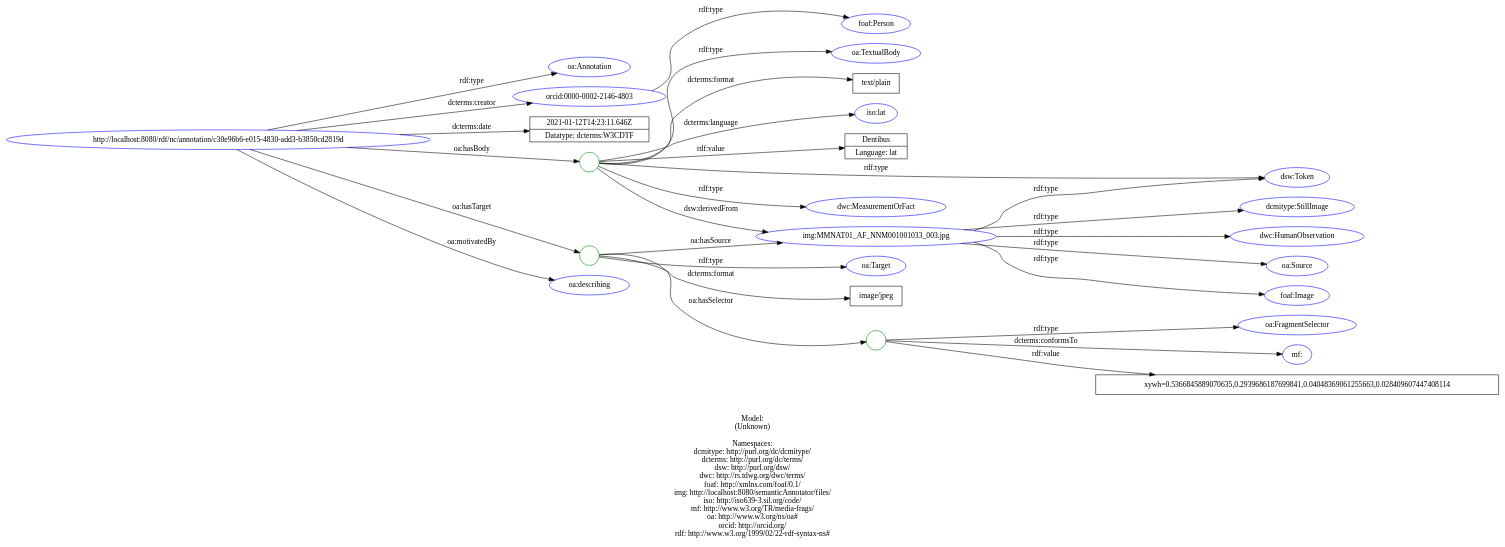
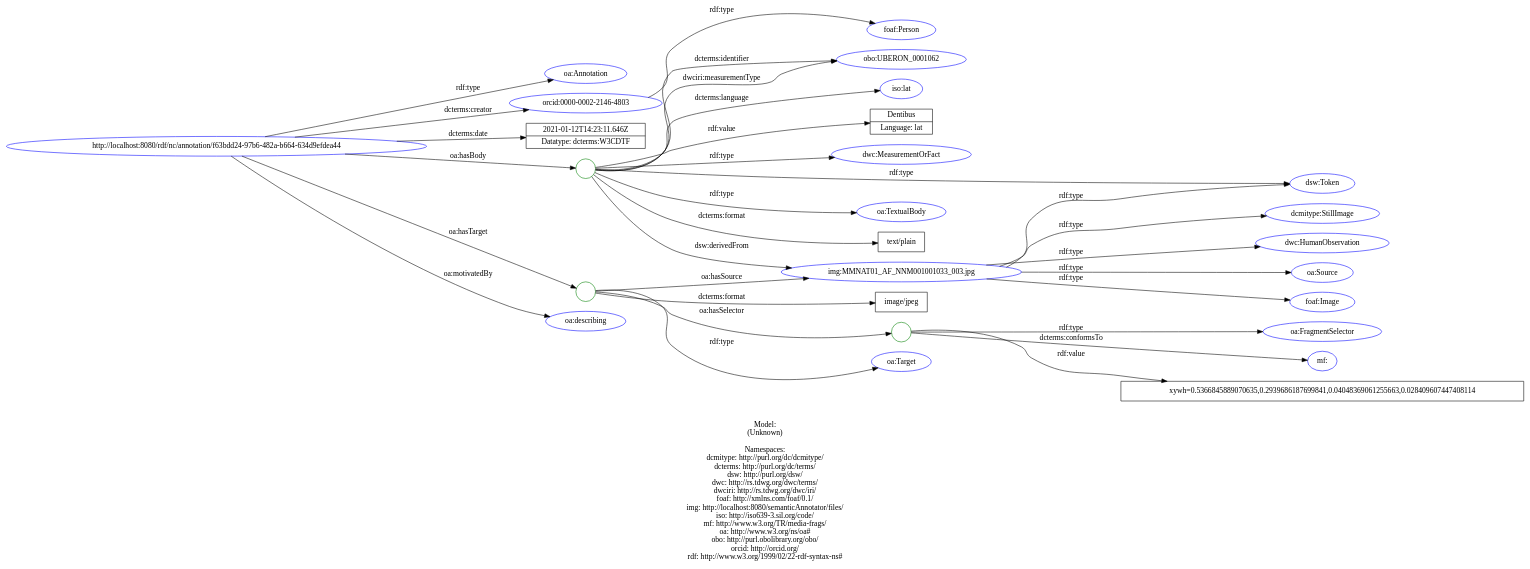
The diagram in doc/models/example_6_1.dot (lisestork/SFB-Annotator), drawn with Graphviz before and after one commit. The commit also changed 7 other files, not shown here.

Commit message:
Update data models: example [5-6]_1 #81. - fix triple with dwciri:measurementType predicate

```diff
--- a/doc/models/example_6_1.dot
+++ b/doc/models/example_6_1.dot
@@ -1,64 +1,67 @@
 digraph {
 	rankdir = LR;
 	charset="utf-8";
 
-	"Rhttp://localhost:8080/rdf/nc/annotation/c30e96b6-e015-4830-add3-b3850cd2819d" -> "Roa:Annotation" [ label="rdf:type" ];
-	"Rhttp://localhost:8080/rdf/nc/annotation/c30e96b6-e015-4830-add3-b3850cd2819d" -> "Rorcid:0000-0002-2146-4803" [ label="dcterms:creator" ];
-	"Rhttp://localhost:8080/rdf/nc/annotation/c30e96b6-e015-4830-add3-b3850cd2819d" -> "L2021-01-12T14:23:11.646Z|Datatype: dcterms:W3CDTF" [ label="dcterms:date" ];
-	"Rhttp://localhost:8080/rdf/nc/annotation/c30e96b6-e015-4830-add3-b3850cd2819d" -> "B_:node1evfesn2mx16" [ label="oa:hasBody" ];
-	"B_:node1evfesn2mx16" -> "Rdsw:Token" [ label="rdf:type" ];
-	"B_:node1evfesn2mx16" -> "Rdwc:MeasurementOrFact" [ label="rdf:type" ];
-	"B_:node1evfesn2mx16" -> "Roa:TextualBody" [ label="rdf:type" ];
-	"B_:node1evfesn2mx16" -> "Ltext/plain" [ label="dcterms:format" ];
-	"B_:node1evfesn2mx16" -> "Riso:lat" [ label="dcterms:language" ];
-	"B_:node1evfesn2mx16" -> "Rimg:MMNAT01_AF_NNM001001033_003.jpg" [ label="dsw:derivedFrom" ];
-	"B_:node1evfesn2mx16" -> "LDentibus|Language: lat" [ label="rdf:value" ];
-	"Rhttp://localhost:8080/rdf/nc/annotation/c30e96b6-e015-4830-add3-b3850cd2819d" -> "B_:node1evfesn2mx15" [ label="oa:hasTarget" ];
-	"B_:node1evfesn2mx15" -> "Roa:Target" [ label="rdf:type" ];
-	"B_:node1evfesn2mx15" -> "Limage/jpeg" [ label="dcterms:format" ];
-	"B_:node1evfesn2mx15" -> "B_:node1evfesn2mx18" [ label="oa:hasSelector" ];
-	"B_:node1evfesn2mx18" -> "Roa:FragmentSelector" [ label="rdf:type" ];
-	"B_:node1evfesn2mx18" -> "Rmf:" [ label="dcterms:conformsTo" ];
-	"B_:node1evfesn2mx18" -> "Lxywh=0.5366845889070635,0.2939686187699841,0.04048369061255663,0.028409607447408114" [ label="rdf:value" ];
-	"B_:node1evfesn2mx15" -> "Rimg:MMNAT01_AF_NNM001001033_003.jpg" [ label="oa:hasSource" ];
-	"Rhttp://localhost:8080/rdf/nc/annotation/c30e96b6-e015-4830-add3-b3850cd2819d" -> "Roa:describing" [ label="oa:motivatedBy" ];
+	"Rhttp://localhost:8080/rdf/nc/annotation/f63bdd24-97b6-482a-b664-634d9efdea44" -> "Roa:Annotation" [ label="rdf:type" ];
+	"Rhttp://localhost:8080/rdf/nc/annotation/f63bdd24-97b6-482a-b664-634d9efdea44" -> "Rorcid:0000-0002-2146-4803" [ label="dcterms:creator" ];
+	"Rhttp://localhost:8080/rdf/nc/annotation/f63bdd24-97b6-482a-b664-634d9efdea44" -> "L2021-01-12T14:23:11.646Z|Datatype: dcterms:W3CDTF" [ label="dcterms:date" ];
+	"Rhttp://localhost:8080/rdf/nc/annotation/f63bdd24-97b6-482a-b664-634d9efdea44" -> "B_:node1evflep6ex14" [ label="oa:hasBody" ];
+	"B_:node1evflep6ex14" -> "Rdsw:Token" [ label="rdf:type" ];
+	"B_:node1evflep6ex14" -> "Rdwc:MeasurementOrFact" [ label="rdf:type" ];
+	"B_:node1evflep6ex14" -> "Roa:TextualBody" [ label="rdf:type" ];
+	"B_:node1evflep6ex14" -> "Ltext/plain" [ label="dcterms:format" ];
+	"B_:node1evflep6ex14" -> "Robo:UBERON_0001062" [ label="dcterms:identifier" ];
+	"B_:node1evflep6ex14" -> "Riso:lat" [ label="dcterms:language" ];
+	"B_:node1evflep6ex14" -> "Rimg:MMNAT01_AF_NNM001001033_003.jpg" [ label="dsw:derivedFrom" ];
+	"B_:node1evflep6ex14" -> "Robo:UBERON_0001062" [ label="dwciri:measurementType" ];
+	"B_:node1evflep6ex14" -> "LDentibus|Language: lat" [ label="rdf:value" ];
+	"Rhttp://localhost:8080/rdf/nc/annotation/f63bdd24-97b6-482a-b664-634d9efdea44" -> "B_:node1evflep6ex13" [ label="oa:hasTarget" ];
+	"B_:node1evflep6ex13" -> "Roa:Target" [ label="rdf:type" ];
+	"B_:node1evflep6ex13" -> "Limage/jpeg" [ label="dcterms:format" ];
+	"B_:node1evflep6ex13" -> "B_:node1evflep6ex16" [ label="oa:hasSelector" ];
+	"B_:node1evflep6ex16" -> "Roa:FragmentSelector" [ label="rdf:type" ];
+	"B_:node1evflep6ex16" -> "Rmf:" [ label="dcterms:conformsTo" ];
+	"B_:node1evflep6ex16" -> "Lxywh=0.5366845889070635,0.2939686187699841,0.04048369061255663,0.028409607447408114" [ label="rdf:value" ];
+	"B_:node1evflep6ex13" -> "Rimg:MMNAT01_AF_NNM001001033_003.jpg" [ label="oa:hasSource" ];
+	"Rhttp://localhost:8080/rdf/nc/annotation/f63bdd24-97b6-482a-b664-634d9efdea44" -> "Roa:describing" [ label="oa:motivatedBy" ];
 	"Rorcid:0000-0002-2146-4803" -> "Rfoaf:Person" [ label="rdf:type" ];
 	"Rimg:MMNAT01_AF_NNM001001033_003.jpg" -> "Rdcmitype:StillImage" [ label="rdf:type" ];
 	"Rimg:MMNAT01_AF_NNM001001033_003.jpg" -> "Rdsw:Token" [ label="rdf:type" ];
 	"Rimg:MMNAT01_AF_NNM001001033_003.jpg" -> "Rdwc:HumanObservation" [ label="rdf:type" ];
 	"Rimg:MMNAT01_AF_NNM001001033_003.jpg" -> "Roa:Source" [ label="rdf:type" ];
 	"Rimg:MMNAT01_AF_NNM001001033_003.jpg" -> "Rfoaf:Image" [ label="rdf:type" ];
 
 	// Resources
-	"Rhttp://localhost:8080/rdf/nc/annotation/c30e96b6-e015-4830-add3-b3850cd2819d" [ label="http://localhost:8080/rdf/nc/annotation/c30e96b6-e015-4830-add3-b3850cd2819d", shape = ellipse, color = blue ];
+	"Rhttp://localhost:8080/rdf/nc/annotation/f63bdd24-97b6-482a-b664-634d9efdea44" [ label="http://localhost:8080/rdf/nc/annotation/f63bdd24-97b6-482a-b664-634d9efdea44", shape = ellipse, color = blue ];
 	"Roa:Annotation" [ label="oa:Annotation", shape = ellipse, color = blue ];
 	"Rorcid:0000-0002-2146-4803" [ label="orcid:0000-0002-2146-4803", shape = ellipse, color = blue ];
 	"Rdsw:Token" [ label="dsw:Token", shape = ellipse, color = blue ];
 	"Rdwc:MeasurementOrFact" [ label="dwc:MeasurementOrFact", shape = ellipse, color = blue ];
 	"Roa:TextualBody" [ label="oa:TextualBody", shape = ellipse, color = blue ];
+	"Robo:UBERON_0001062" [ label="obo:UBERON_0001062", shape = ellipse, color = blue ];
 	"Riso:lat" [ label="iso:lat", shape = ellipse, color = blue ];
 	"Rimg:MMNAT01_AF_NNM001001033_003.jpg" [ label="img:MMNAT01_AF_NNM001001033_003.jpg", shape = ellipse, color = blue ];
 	"Roa:Target" [ label="oa:Target", shape = ellipse, color = blue ];
 	"Roa:FragmentSelector" [ label="oa:FragmentSelector", shape = ellipse, color = blue ];
 	"Rmf:" [ label="mf:", shape = ellipse, color = blue ];
 	"Roa:describing" [ label="oa:describing", shape = ellipse, color = blue ];
 	"Rfoaf:Person" [ label="foaf:Person", shape = ellipse, color = blue ];
 	"Rdcmitype:StillImage" [ label="dcmitype:StillImage", shape = ellipse, color = blue ];
 	"Rdwc:HumanObservation" [ label="dwc:HumanObservation", shape = ellipse, color = blue ];
 	"Roa:Source" [ label="oa:Source", shape = ellipse, color = blue ];
 	"Rfoaf:Image" [ label="foaf:Image", shape = ellipse, color = blue ];
 
 	// Anonymous nodes
-	"B_:node1evfesn2mx16" [ label="", shape = circle, color = green ];
-	"B_:node1evfesn2mx15" [ label="", shape = circle, color = green ];
-	"B_:node1evfesn2mx18" [ label="", shape = circle, color = green ];
+	"B_:node1evflep6ex14" [ label="", shape = circle, color = green ];
+	"B_:node1evflep6ex13" [ label="", shape = circle, color = green ];
+	"B_:node1evflep6ex16" [ label="", shape = circle, color = green ];
 
 	// Literals
 	"L2021-01-12T14:23:11.646Z|Datatype: dcterms:W3CDTF" [ label="2021-01-12T14:23:11.646Z|Datatype: dcterms:W3CDTF", shape = record ];
 	"Ltext/plain" [ label="text/plain", shape = record ];
 	"LDentibus|Language: lat" [ label="Dentibus|Language: lat", shape = record ];
 	"Limage/jpeg" [ label="image/jpeg", shape = record ];
 	"Lxywh=0.5366845889070635,0.2939686187699841,0.04048369061255663,0.028409607447408114" [ label="xywh=0.5366845889070635,0.2939686187699841,0.04048369061255663,0.028409607447408114", shape = record ];
 
-	label="\n\nModel:\n(Unknown)\n\nNamespaces:\ndcmitype: http://purl.org/dc/dcmitype/\ndcterms: http://purl.org/dc/terms/\ndsw: http://purl.org/dsw/\ndwc: http://rs.tdwg.org/dwc/terms/\nfoaf: http://xmlns.com/foaf/0.1/\nimg: http://localhost:8080/semanticAnnotator/files/\niso: http://iso639-3.sil.org/code/\nmf: http://www.w3.org/TR/media-frags/\noa: http://www.w3.org/ns/oa#\norcid: http://orcid.org/\nrdf: http://www.w3.org/1999/02/22-rdf-syntax-ns#\n";
+	label="\n\nModel:\n(Unknown)\n\nNamespaces:\ndcmitype: http://purl.org/dc/dcmitype/\ndcterms: http://purl.org/dc/terms/\ndsw: http://purl.org/dsw/\ndwc: http://rs.tdwg.org/dwc/terms/\ndwciri: http://rs.tdwg.org/dwc/iri/\nfoaf: http://xmlns.com/foaf/0.1/\nimg: http://localhost:8080/semanticAnnotator/files/\niso: http://iso639-3.sil.org/code/\nmf: http://www.w3.org/TR/media-frags/\noa: http://www.w3.org/ns/oa#\nobo: http://purl.obolibrary.org/obo/\norcid: http://orcid.org/\nrdf: http://www.w3.org/1999/02/22-rdf-syntax-ns#\n";
 }
```
